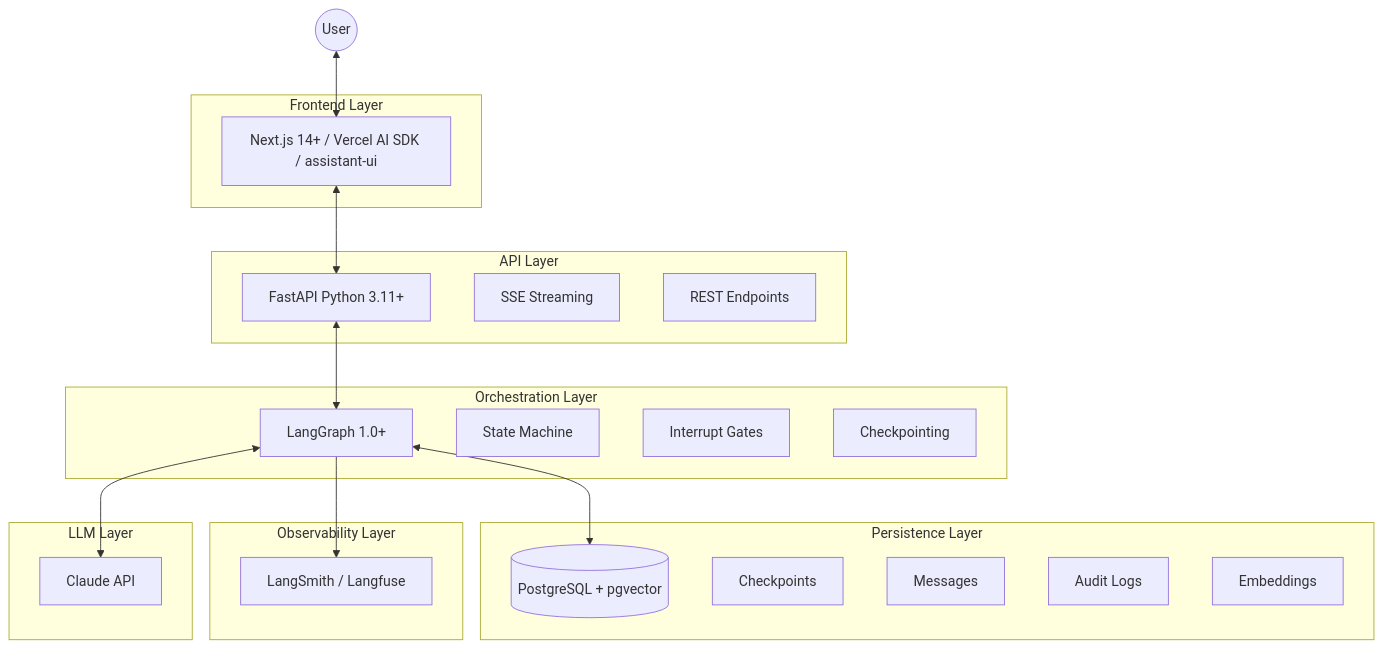
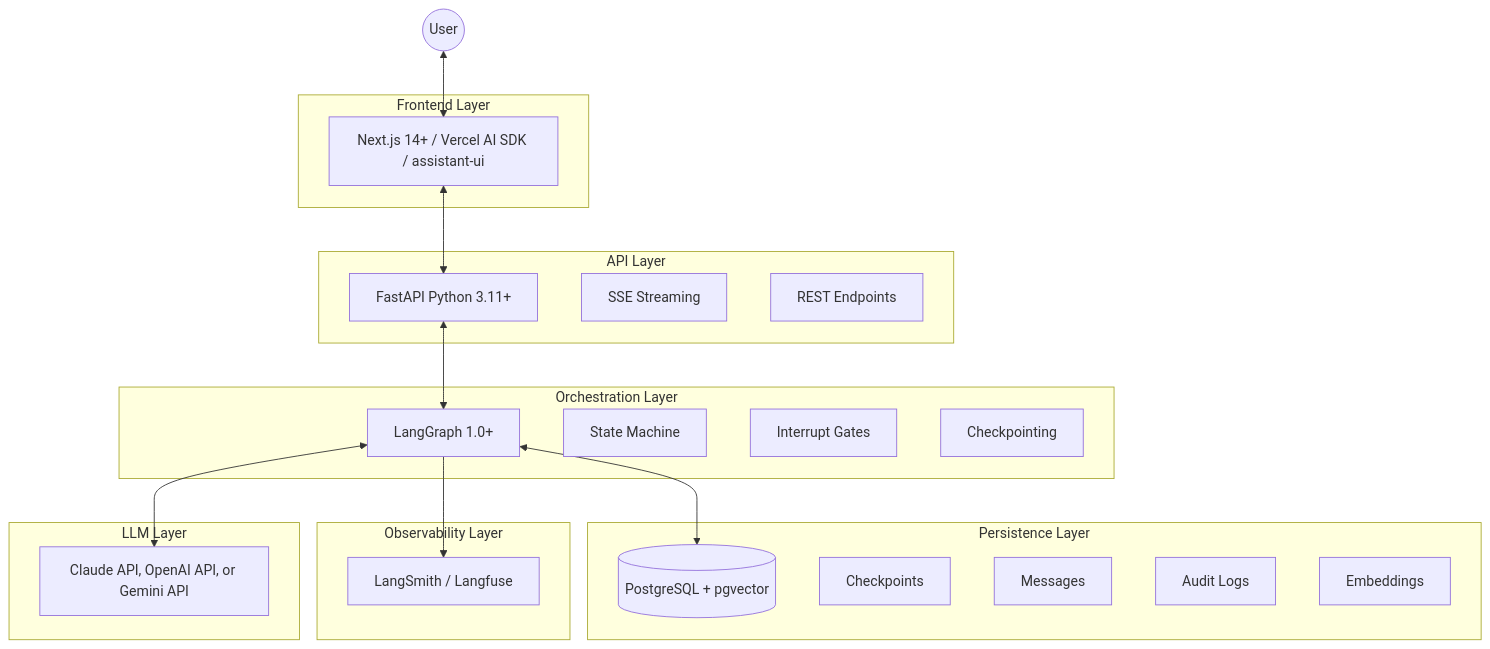
Before and after one commit to sgttomas/solver-engine: the first of 7 diagrams in docs/spec/3_solver-technical-spec.md, drawn with Mermaid. The commit also changed other lines of this file and 7 other files, not shown here.

````diff
--- a/docs/spec/3_solver-technical-spec.md
+++ b/docs/spec/3_solver-technical-spec.md
@@ -112,42 +112,42 @@
 ```mermaid
 graph TB
     subgraph Frontend["Frontend Layer"]
         FE[Next.js 14+ / Vercel AI SDK / assistant-ui]
     end
     
     subgraph API["API Layer"]
         BE[FastAPI Python 3.11+]
         SSE[SSE Streaming]
         REST[REST Endpoints]
     end
     
     subgraph Orchestration["Orchestration Layer"]
         LG[LangGraph 1.0+]
         SM[State Machine]
         INT[Interrupt Gates]
         CP[Checkpointing]
     end
     
     subgraph Persistence["Persistence Layer"]
         PG[(PostgreSQL + pgvector)]
         CHK[Checkpoints]
         MSG[Messages]
         AUD[Audit Logs]
         EMB[Embeddings]
     end
     
     subgraph Observability["Observability Layer"]
         OBS[LangSmith / Langfuse]
     end
     
     subgraph LLM["LLM Layer"]
-        CLAUDE[Claude API]
+        CLAUDE[Claude API, OpenAI API, or Gemini API]
     end
     
     User((User)) <--> FE
     FE <--> BE
     BE <--> LG
     LG <--> CLAUDE
     LG <--> PG
     LG --> OBS
 ```
````
